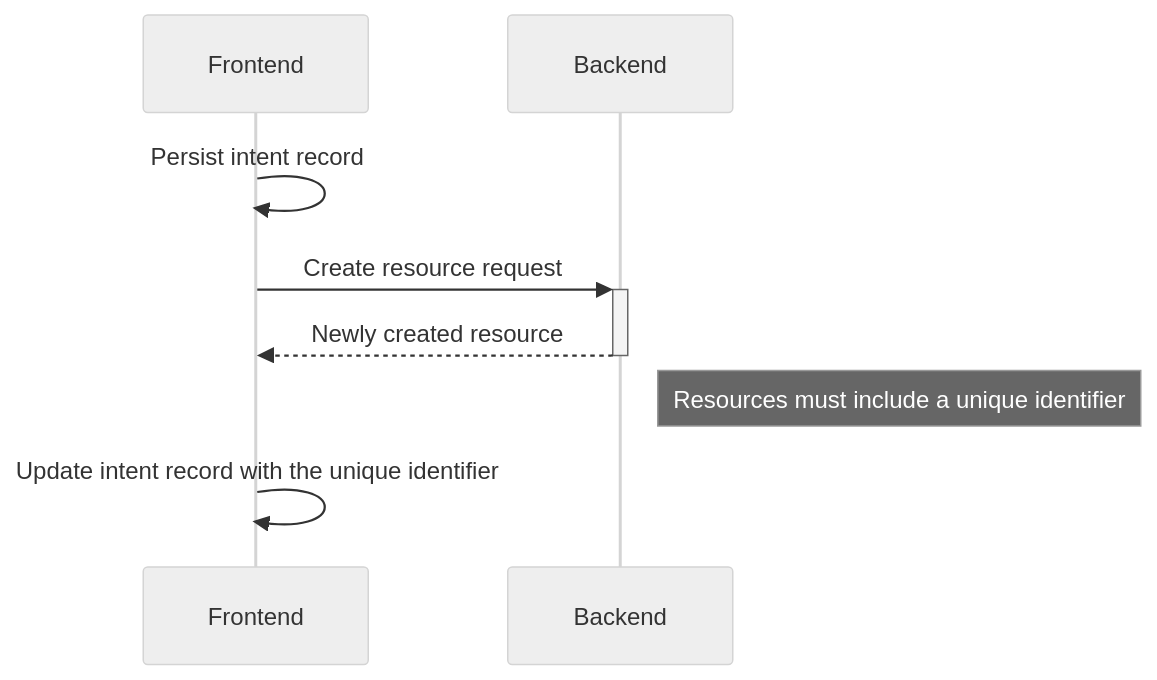
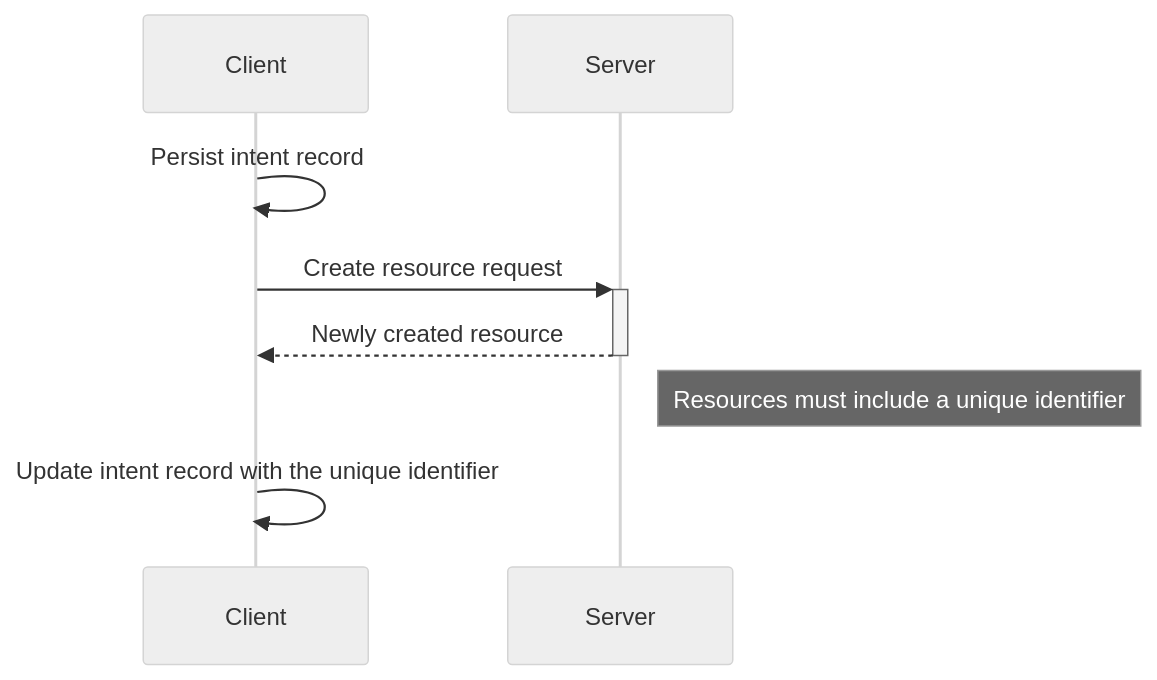
Before and after one commit to pjambet/blog: the first of 2 diagrams in content/posts/intent-pattern.md, drawn with Mermaid (neutral theme). The commit also changed other lines of this file, not shown here.

```diff
--- a/content/posts/intent-pattern.md
+++ b/content/posts/intent-pattern.md
@@ -38,10 +36,10 @@
 {{< mermaid >}}
 sequenceDiagram
-    participant Frontend
-    participant Backend
-    Frontend->>Frontend: Persist intent record    
-    Frontend->>+Backend: Create resource request
-    Backend-->>-Frontend: Newly created resource
-    Note right of Backend: Resources must include a unique identifier
-    Frontend->>+Frontend: Update intent record with the unique identifier
+    participant Client
+    participant Server
+    Client->>Client: Persist intent record
+    Client->>+Server: Create resource request
+    Server-->>-Client: Newly created resource
+    Note right of Server: Resources must include a unique identifier
+    Client->>+Client: Update intent record with the unique identifier
 {{< /mermaid >}}
```
